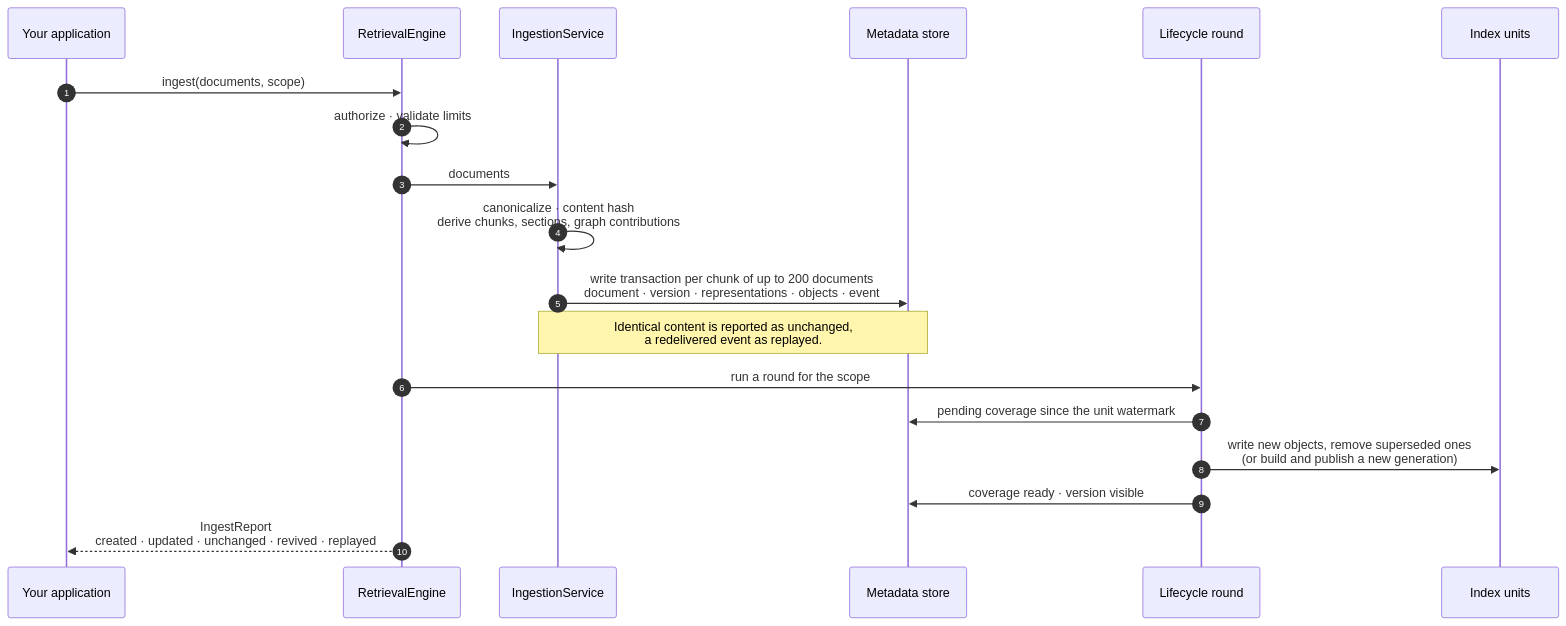
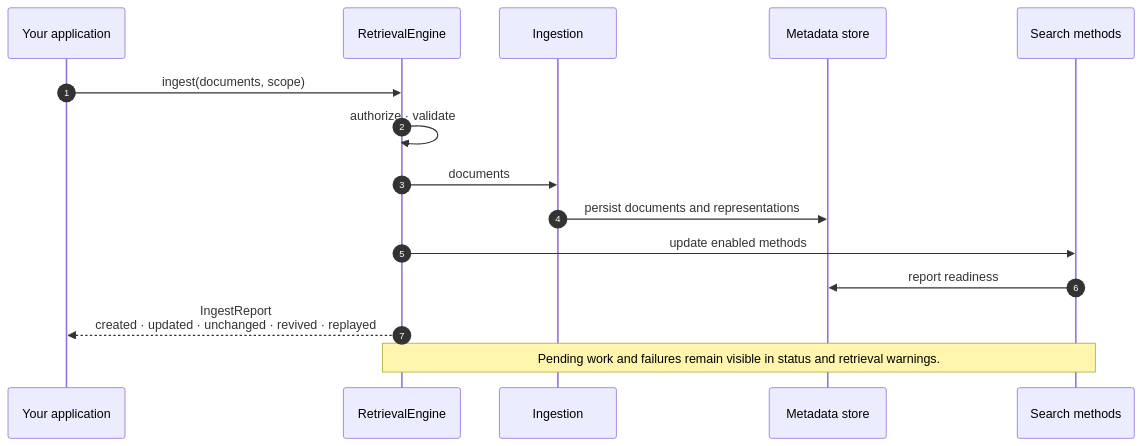
The diagram in diagrams/ingestion-flow.mmd (smuniharish/retrievalloom), drawn with Mermaid before and after one commit. The commit also changed 57 other files, not shown here.

```diff
--- a/diagrams/ingestion-flow.mmd
+++ b/diagrams/ingestion-flow.mmd
@@ -1,20 +1,16 @@
 sequenceDiagram
     autonumber
     participant App as Your application
     participant Engine as RetrievalEngine
-    participant Ingest as IngestionService
+    participant Ingest as Ingestion
     participant Store as Metadata store
-    participant Round as Lifecycle round
-    participant Units as Index units
+    participant Index as Search methods
 
     App->>Engine: ingest(documents, scope)
-    Engine->>Engine: authorize · validate limits
+    Engine->>Engine: authorize · validate
     Engine->>Ingest: documents
-    Ingest->>Ingest: canonicalize · content hash<br/>derive chunks, sections, graph contributions
-    Ingest->>Store: write transaction per chunk of up to 200 documents<br/>document · version · representations · objects · event
-    Note over Ingest,Store: Identical content is reported as unchanged,<br/>a redelivered event as replayed.
-    Engine->>Round: run a round for the scope
-    Round->>Store: pending coverage since the unit watermark
-    Round->>Units: write new objects, remove superseded ones<br/>(or build and publish a new generation)
-    Round->>Store: coverage ready · version visible
+    Ingest->>Store: persist documents and representations
+    Engine->>Index: update enabled methods
+    Index->>Store: report readiness
     Engine-->>App: IngestReport<br/>created · updated · unchanged · revived · replayed
+    Note over Engine,Index: Pending work and failures remain visible in status and retrieval warnings.
```
